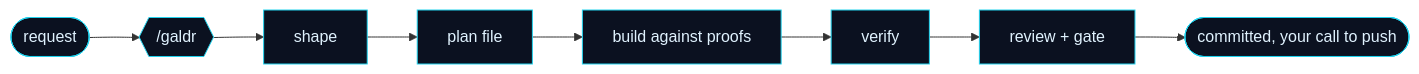
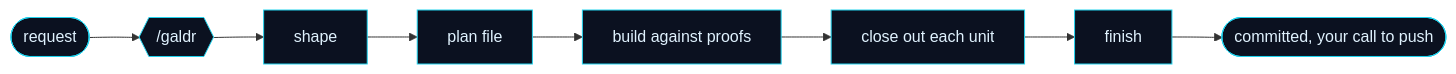
Before and after one commit to nyelonong/galdr: the diagram in README.md, drawn with Mermaid. The commit also changed other lines of this file and 24 other files, not shown here.

````diff
--- a/README.md
+++ b/README.md
@@ -50,6 +51,6 @@
 ```mermaid
 flowchart LR
-    A([request]) --> G{{/galdr}} --> S[shape] --> P[plan file] --> B[build against proofs] --> V[verify] --> R[review + gate] --> Z([committed, your call to push])
+    A([request]) --> G{{/galdr}} --> S[shape] --> P[plan file] --> B[build against proofs] --> C[close out each unit] --> F[finish] --> Z([committed, your call to push])
     classDef flow fill:#0b1120,stroke:#22d3ee,stroke-width:1px,color:#e0f2fe;
-    class A,G,S,P,B,V,R,Z flow;
+    class A,G,S,P,B,C,F,Z flow;
 ```
````
